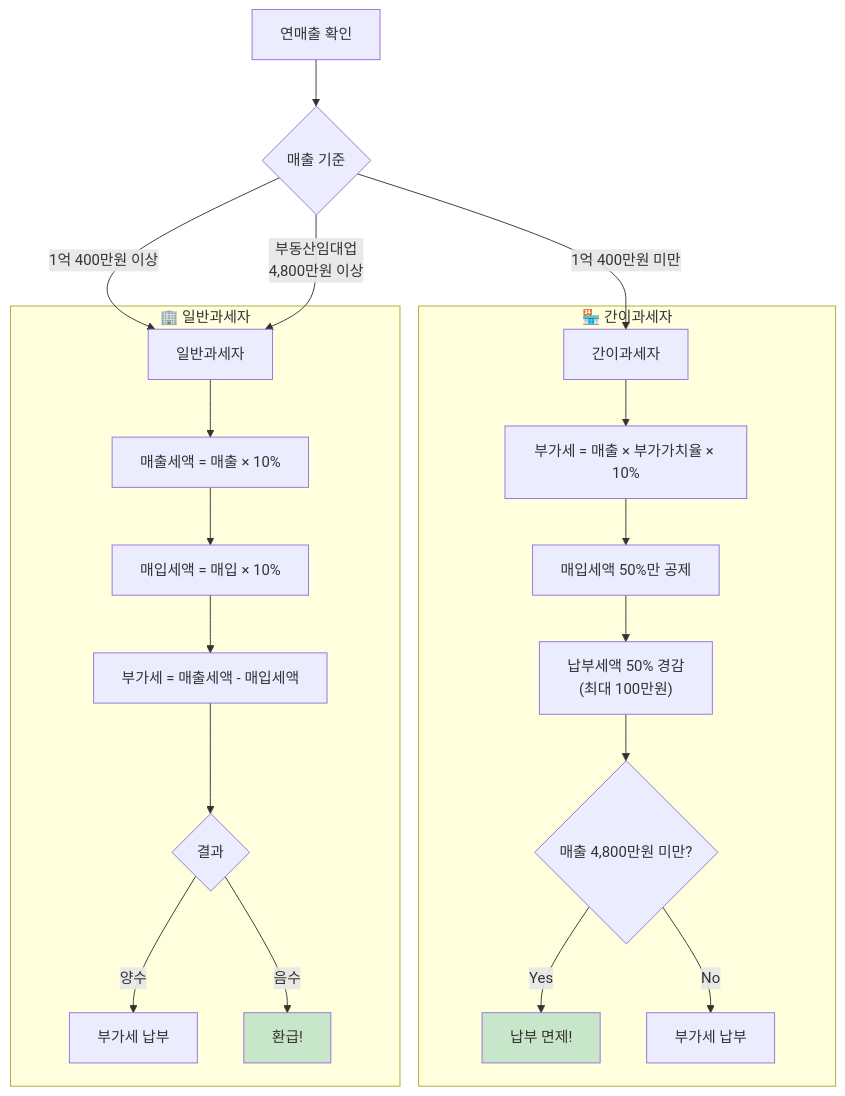
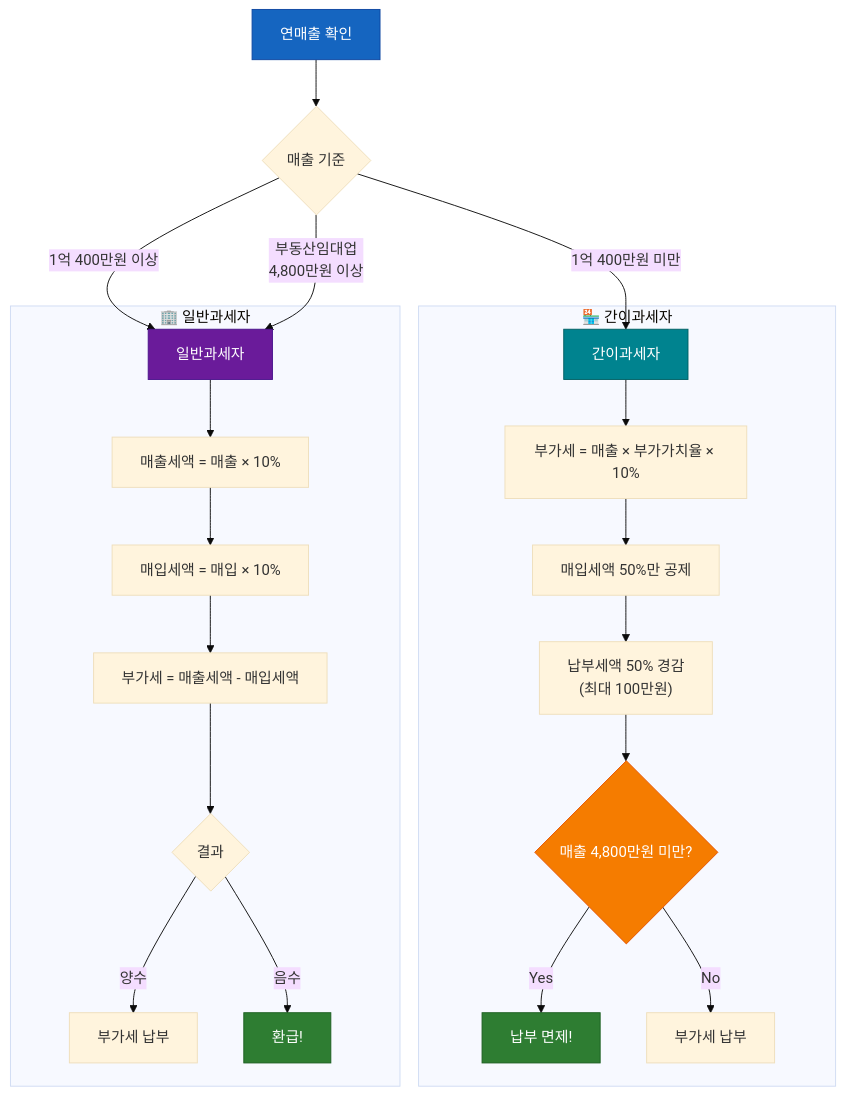
The seventh of 18 diagrams in docs/세금로직_플로우차트.md (Z-3000/fina_r), drawn with Mermaid before and after one commit. The commit also changed other lines of this file, not shown here.

````diff
--- a/docs/세금로직_플로우차트.md
+++ b/docs/세금로직_플로우차트.md
@@ -273,29 +293,34 @@
 ```mermaid
+%%{init: {'theme': 'base'}}%%
 flowchart TD
     A[연매출 확인] --> B{매출 기준}
 
     B -->|"1억 400만원 미만"| C[간이과세자]
     B -->|"1억 400만원 이상"| D[일반과세자]
     B -->|"부동산임대업<br/>4,800만원 이상"| D
 
     subgraph 간이["🏪 간이과세자"]
         C --> C1["부가세 = 매출 × 부가가치율 × 10%"]
         C1 --> C2["매입세액 50%만 공제"]
         C2 --> C3["납부세액 50% 경감<br/>(최대 100만원)"]
         C3 --> C4{매출 4,800만원 미만?}
         C4 -->|Yes| C5["납부 면제!"]
         C4 -->|No| C6[부가세 납부]
     end
 
     subgraph 일반["🏢 일반과세자"]
         D --> D1["매출세액 = 매출 × 10%"]
         D1 --> D2["매입세액 = 매입 × 10%"]
         D2 --> D3["부가세 = 매출세액 - 매입세액"]
         D3 --> D4{결과}
         D4 -->|"양수"| D5[부가세 납부]
         D4 -->|"음수"| D6[환급!]
     end
 
-    style C5 fill:#c8e6c9
-    style D6 fill:#c8e6c9
+    style A fill:#1565c0,stroke:#0d47a1,color:#fff
+    style C fill:#00838f,stroke:#006064,color:#fff
+    style D fill:#6a1b9a,stroke:#4a148c,color:#fff
+    style C5 fill:#2e7d32,stroke:#1b5e20,color:#fff
+    style D6 fill:#2e7d32,stroke:#1b5e20,color:#fff
+    style C4 fill:#f57c00,stroke:#e65100,color:#fff
 ```
````
